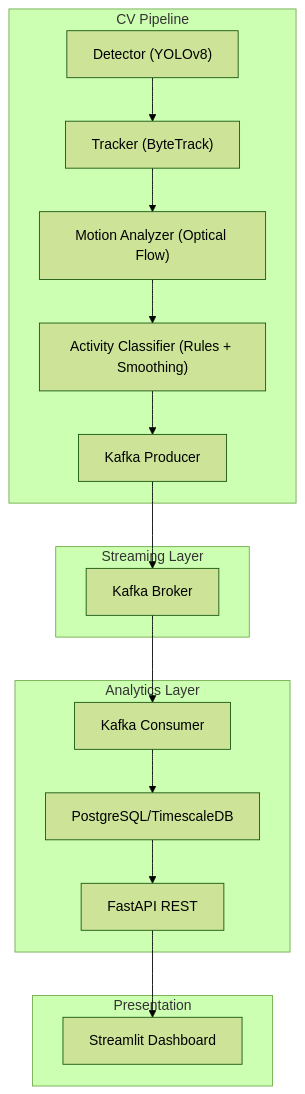
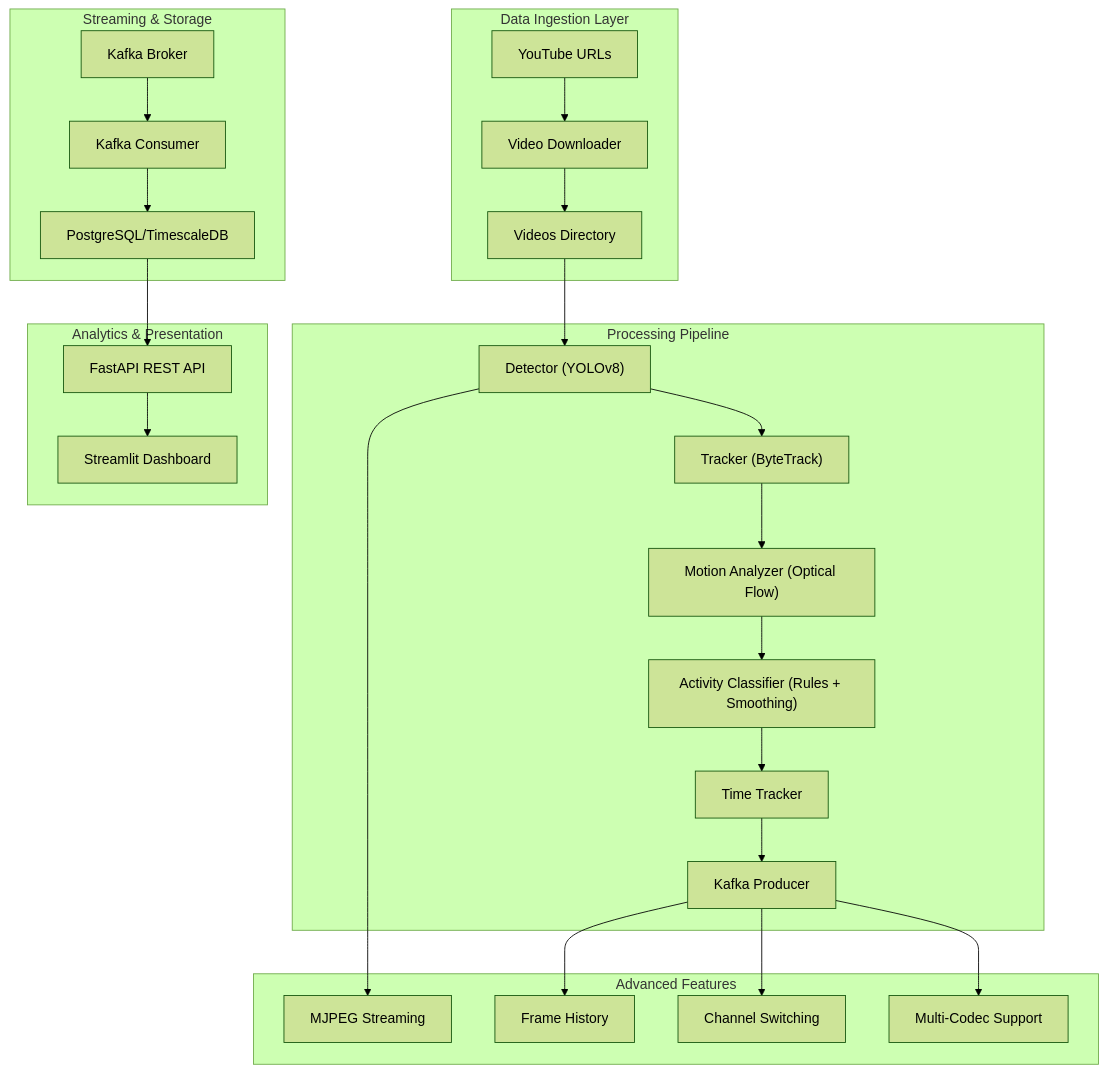
The second of 7 diagrams in .qoder/repowiki/en/content/Microservices Architecture/Microservices Architecture.md (Azzoz-189/construction-equipment-monitoring), drawn with Mermaid (forest theme) before and after one commit. The commit also changed other lines of this file and 6 other files, not shown here.

````diff
--- a/.qoder/repowiki/en/content/Microservices Architecture/Microservices Architecture.md
+++ b/.qoder/repowiki/en/content/Microservices Architecture/Microservices Architecture.md
@@ -116,24 +154,39 @@
 ```mermaid
 graph TB
-subgraph "CV Pipeline"
+subgraph "Data Ingestion Layer"
+YT["YouTube URLs"]
+YT --> DL["Video Downloader"]
+DL --> VDIR["Videos Directory"]
+end
+subgraph "Processing Pipeline"
 DET["Detector (YOLOv8)"]
 TRK["Tracker (ByteTrack)"]
 MOT["Motion Analyzer (Optical Flow)"]
 ACT["Activity Classifier (Rules + Smoothing)"]
+TIME["Time Tracker"]
 KPR["Kafka Producer"]
+VDIR --> DET
+DET --> TRK --> MOT --> ACT --> TIME --> KPR
 end
-subgraph "Streaming Layer"
+subgraph "Streaming & Storage"
 K["Kafka Broker"]
+K --> CON["Kafka Consumer"]
+CON --> DB["PostgreSQL/TimescaleDB"]
 end
-subgraph "Analytics Layer"
-CON["Kafka Consumer"]
-DB["PostgreSQL/TimescaleDB"]
-API["FastAPI REST"]
+subgraph "Analytics & Presentation"
+API["FastAPI REST API"]
+UI["Streamlit Dashboard"]
+DB --> API
+API --> UI
 end
-subgraph "Presentation"
-UI["Streamlit Dashboard"]
+subgraph "Advanced Features"
+MJPEG["MJPEG Streaming"]
+HIST["Frame History"]
+CHAN["Channel Switching"]
+CODEC["Multi-Codec Support"]
 end
-DET --> TRK --> MOT --> ACT --> KPR --> K
-K --> CON --> DB
-DB --> API --> UI
+DET --> MJPEG
+KPR --> HIST
+KPR --> CHAN
+KPR --> CODEC
 ```
````
